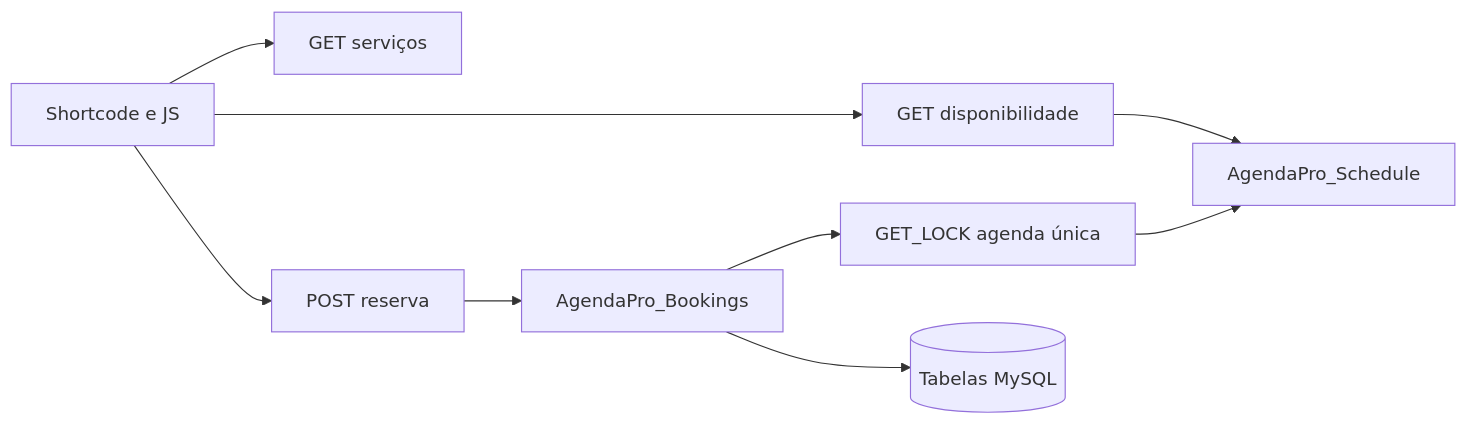
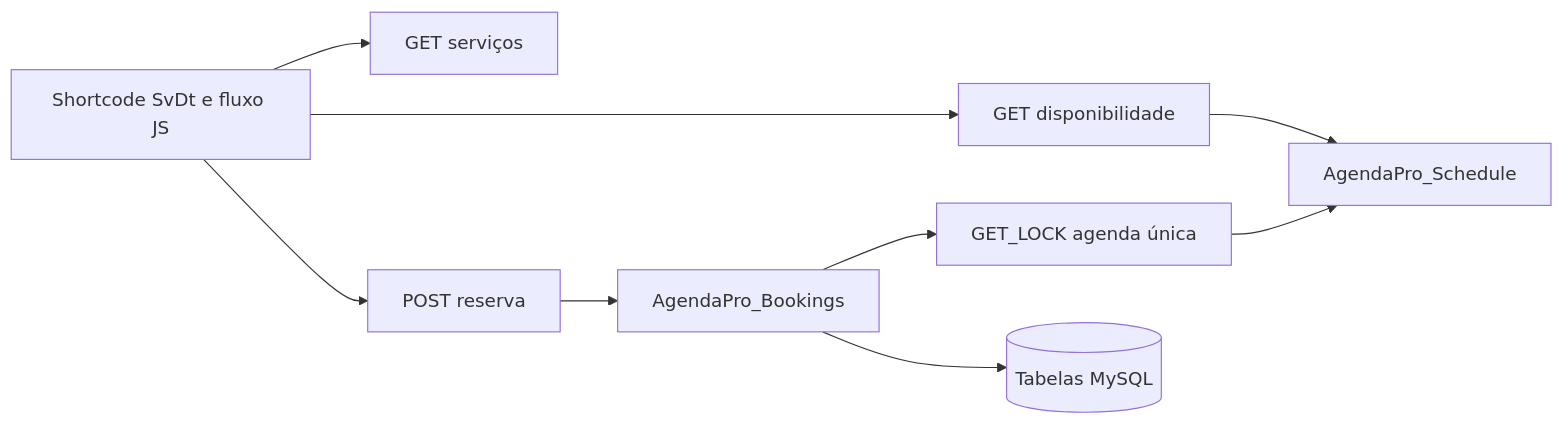
One commit to caiussord/SvDt changed the diagram in docs/architecture.md. Above: the diagram before and after it, drawn with Mermaid. The commit also changed other lines of this file and 30 other files, not shown here.

````diff
--- a/docs/architecture.md
+++ b/docs/architecture.md
@@ -5,11 +5,11 @@
 ```mermaid
 flowchart LR
-  UI[Shortcode e JS] --> Services[GET serviços]
+  UI[Shortcode SvDt e fluxo JS] --> Services[GET serviços]
   UI --> Slots[GET disponibilidade]
   UI --> Create[POST reserva]
   Slots --> Schedule[AgendaPro_Schedule]
   Create --> Booking[AgendaPro_Bookings]
   Booking --> Lock[GET_LOCK agenda única]
   Lock --> Schedule
   Booking --> DB[(Tabelas MySQL)]
 ```
````
